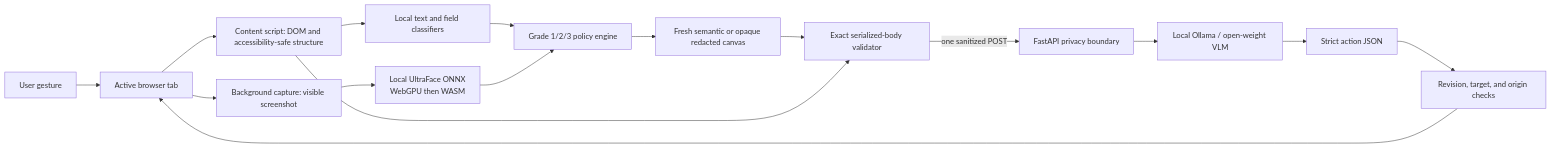
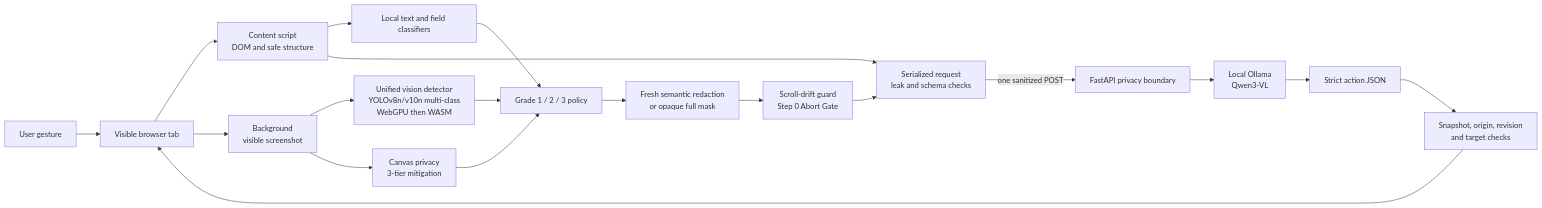
One commit to Rohinth-S/NAYAN changed the diagram in TEAM_HANDOFF.md. Above: the diagram before and after it, drawn with Mermaid. The commit also changed other lines of this file, not shown here.

Commit message:
docs: update TEAM_HANDOFF.md with latest architecture and features

````diff
--- a/TEAM_HANDOFF.md
+++ b/TEAM_HANDOFF.md
@@ -34,18 +61,21 @@
 ```mermaid
 flowchart LR
-    U[User gesture] --> T[Active browser tab]
-    T --> D[Content script: DOM and accessibility-safe structure]
-    T --> S[Background capture: visible screenshot]
+    U[User gesture] --> T[Visible browser tab]
+    T --> D[Content script<br/>DOM and safe structure]
+    T --> S[Background<br/>visible screenshot]
     D --> C[Local text and field classifiers]
-    S --> F[Local UltraFace ONNX<br/>WebGPU then WASM]
-    C --> G[Grade 1/2/3 policy engine]
+    S --> F[Unified vision detector<br/>YOLOv8n/v10n multi-class<br/>WebGPU then WASM]
+    S --> CV[Canvas privacy<br/>3-tier mitigation]
+    C --> G[Grade 1 / 2 / 3 policy]
     F --> G
-    G --> R[Fresh semantic or opaque redacted canvas]
-    R --> V[Exact serialized-body validator]
+    CV --> G
+    G --> R[Fresh semantic redaction<br/>or opaque full mask]
+    R --> SDG[Scroll-drift guard<br/>Step 0 Abort Gate]
+    SDG --> V[Serialized request<br/>leak and schema checks]
     D --> V
     V -->|one sanitized POST| B[FastAPI privacy boundary]
-    B --> O[Local Ollama / open-weight VLM]
+    B --> O[Local Ollama<br/>Qwen3-VL]
     O --> A[Strict action JSON]
-    A --> X[Revision, target, and origin checks]
+    A --> X[Snapshot, origin, revision<br/>and target checks]
     X --> T
 ```
````
